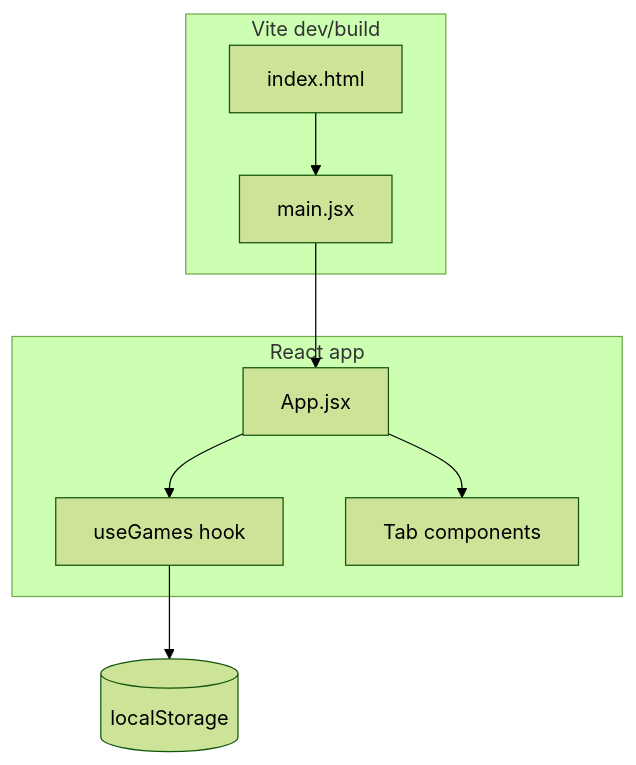
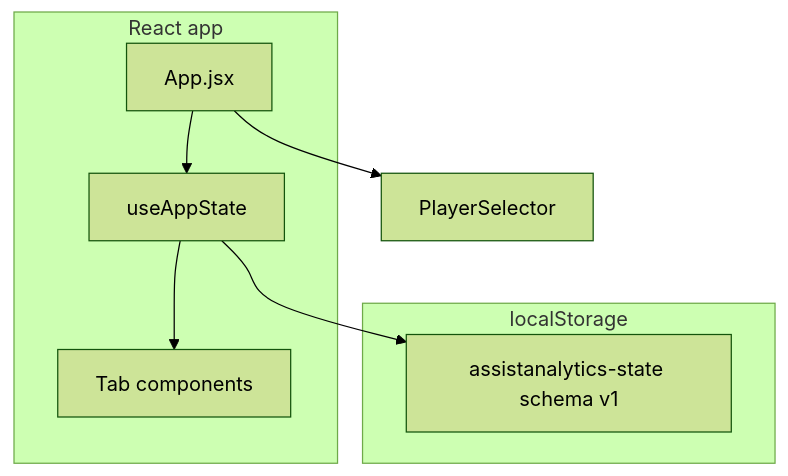
One commit to chadcourtside/assistanalytics changed the diagram in DEVELOPMENT_NOTES.md. Above: the diagram before and after it, drawn with Mermaid (forest theme). The commit also changed other lines of this file and 21 other files, not shown here.

First line of the commit message:
feat: add multi-player foundation with schema v1 storage

````diff
--- a/DEVELOPMENT_NOTES.md
+++ b/DEVELOPMENT_NOTES.md
@@ -5,17 +5,15 @@
 ```mermaid
 flowchart TB
-  subgraph vite [Vite dev/build]
-    index[index.html]
-    main[main.jsx]
+  subgraph storage [localStorage]
+    state[assistanalytics-state schema v1]
   end
   subgraph react [React app]
+    useApp[useAppState]
     App[App.jsx]
-    useGames[useGames hook]
     tabs[Tab components]
   end
-  LS[(localStorage)]
-  index --> main --> App
-  App --> useGames
-  useGames --> LS
-  App --> tabs
+  useApp --> state
+  App --> useApp
+  App --> PlayerSelector
+  useApp --> tabs
 ```
````
